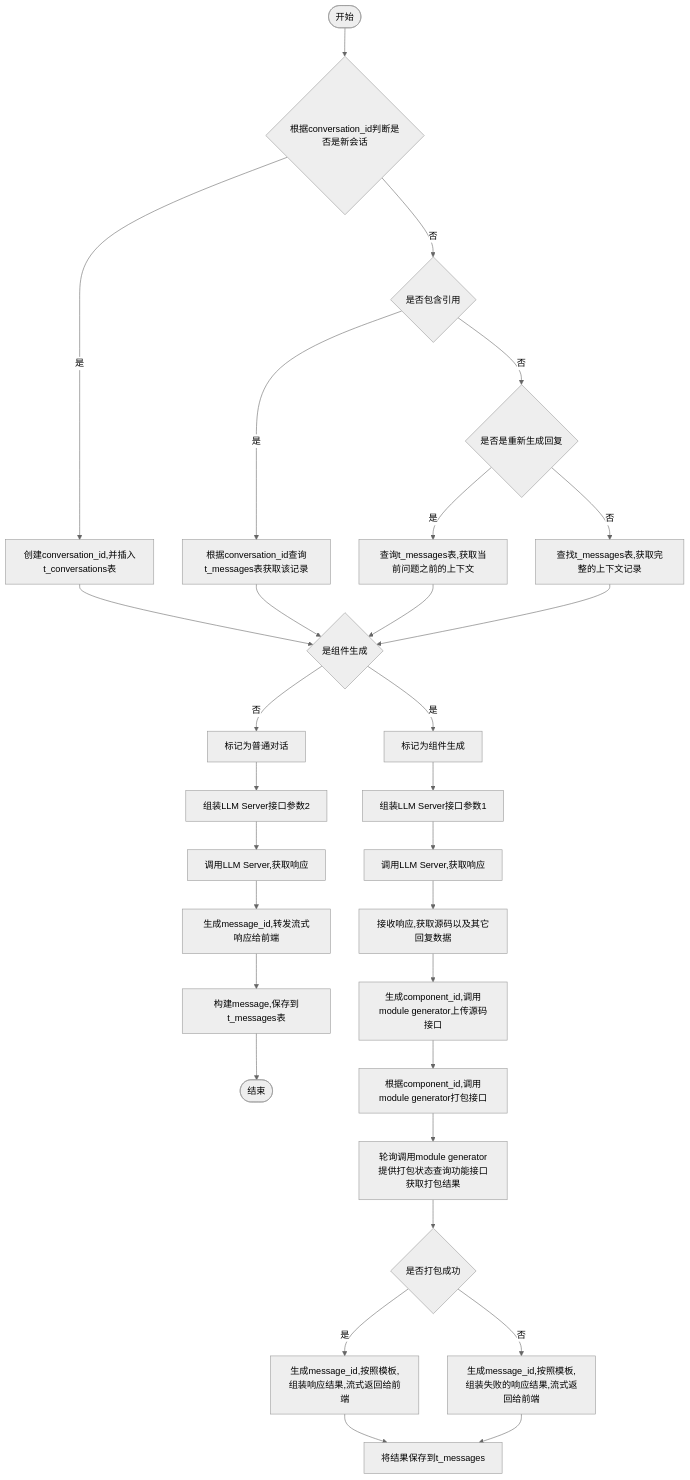
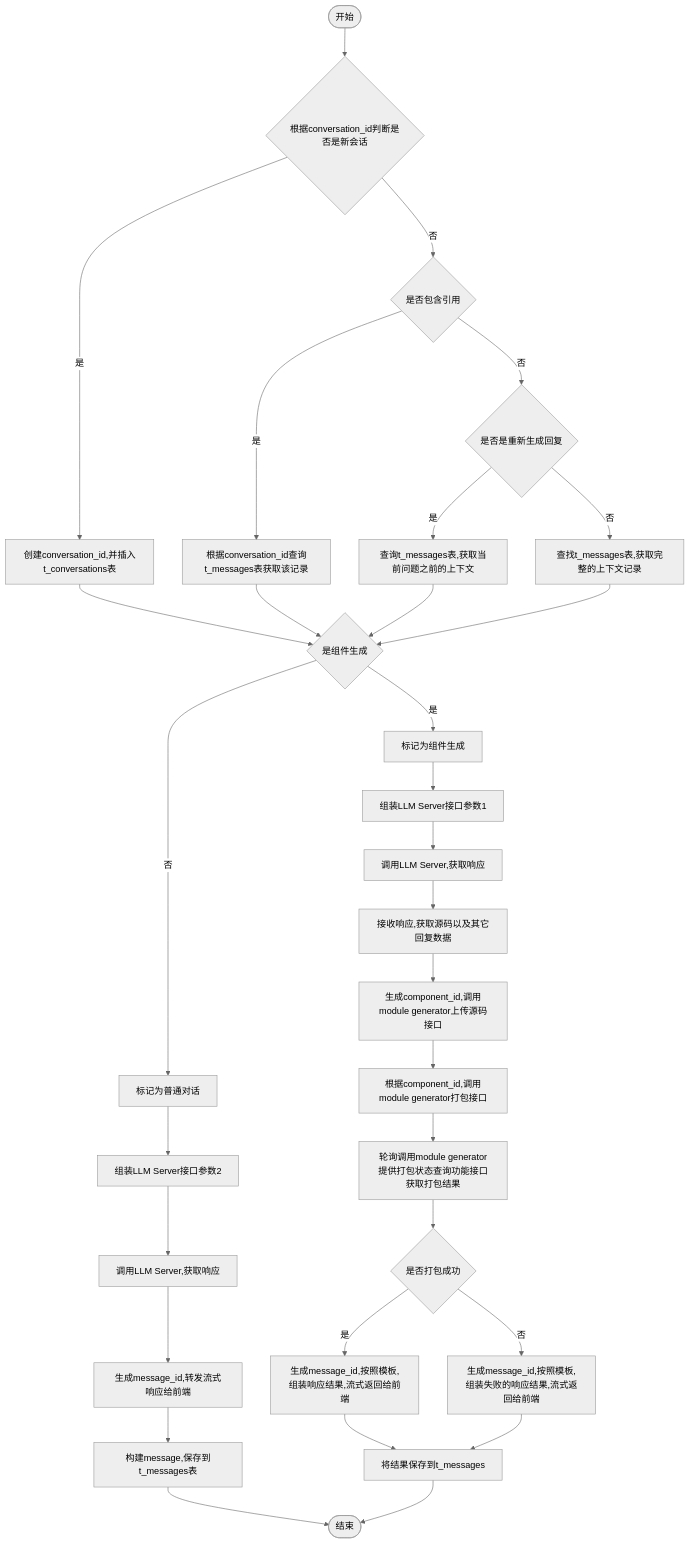
Before and after one commit to yingjianzh/iodraw-files: the diagram in all/未命名-7.md, drawn with Mermaid (neutral theme).

Commit message:
2024-10-12 14:38:57 update

````diff
--- a/all/未命名-7.md
+++ b/all/未命名-7.md
@@ -1,36 +1,36 @@
 ```mermaid
 flowchart TD
     A([开始]) --> B{根据conversation_id判断是否是新会话}
     B -- 是 --> C[创建conversation_id,并插入t_conversations表]
     B -- 否 --> D{是否包含引用}
     D -- 是 --> E[根据conversation_id查询t_messages表获取该记录]
     D -- 否 --> F{是否是重新生成回复}
     F -- 是 --> G[查询t_messages表,获取当前问题之前的上下文]
     F -- 否 --> H[查找t_messages表,获取完整的上下文记录]
      
     C & E & G & H --> I{是组件生成}
     I -- 是 --> J[标记为组件生成]
     I -- 否 --> K[标记为普通对话]
 
     J --> L[组装LLM Server接口参数1]    
     K --> M[组装LLM Server接口参数2]    
     M --> N[调用LLM Server,获取响应]    
     N --> O[生成message_id,转发流式响应给前端]
     O --> P[构建message,保存到t_messages表]
     P --> R([结束])
 
 
     L --> S[调用LLM Server,获取响应]
     S --> T[接收响应,获取源码以及其它回复数据]
     T --> U[生成component_id,调用module generator上传源码接口]
     U --> V[根据component_id,调用module generator打包接口]
     V --> W[轮询调用module generator提供打包状态查询功能接口获取打包结果]
     W --> X{是否打包成功}
     X -- 是 --> Y[生成message_id,按照模板,组装响应结果,流式返回给前端]
     X -- 否 --> Z[生成message_id,按照模板,组装失败的响应结果,流式返回给前端]
 
     Y & Z --> Result[将结果保存到t_messages]
-    Result
+    Result --> R
 
 
 ```
````
